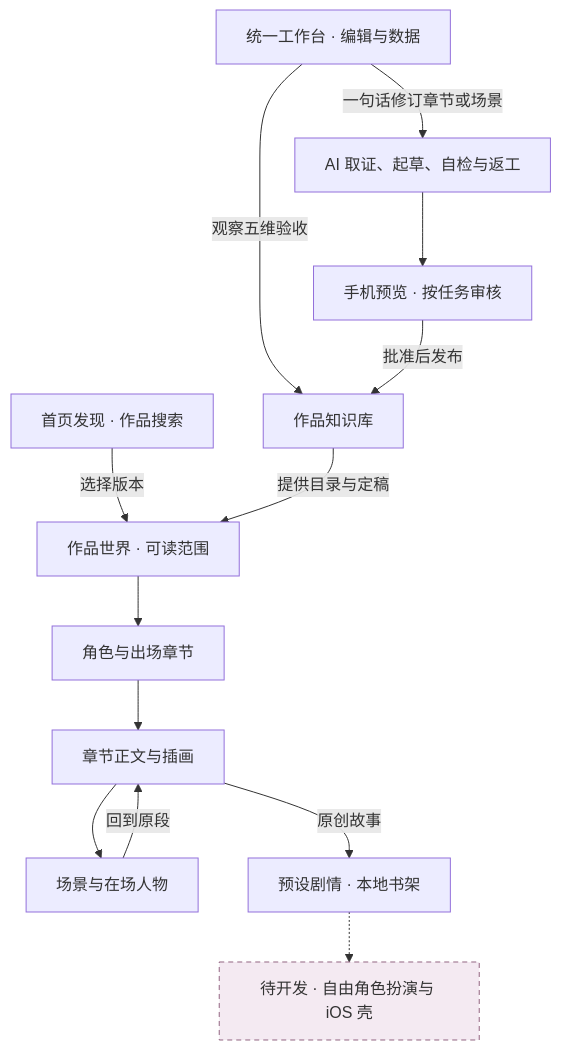
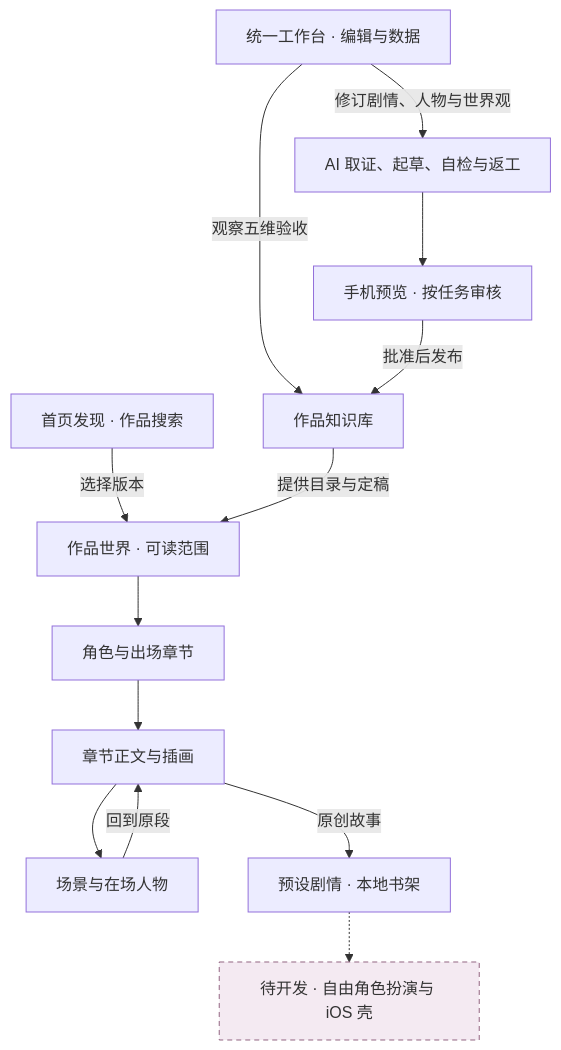
One commit to bluedao10000/player changed the diagram in docs/diagrams/product.mmd. Above: the diagram before and after it, drawn with Mermaid. The commit also changed 27 other files, not shown here.

```diff
--- a/docs/diagrams/product.mmd
+++ b/docs/diagrams/product.mmd
@@ -1,26 +1,26 @@
 flowchart TB
     discovery["首页发现 · 作品搜索"] -->|选择版本| world["作品世界 · 可读范围"]
     world --> cast["角色与出场章节"]
     cast --> chapter["章节正文与插画"]
     chapter --> scene["场景与在场人物"]
     scene -->|回到原段| chapter
     chapter -->|原创故事| play["预设剧情 · 本地书架"]
     play -.-> future["待开发 · 自由角色扮演与 iOS 壳"]
     catalog["作品知识库"] -->|提供目录与定稿| world
     desk["统一工作台 · 编辑与数据"] -->|观察五维验收| catalog
-    desk -->|一句话修订章节或场景| edit["AI 取证、起草、自检与返工"]
+    desk -->|修订剧情、人物与世界观| edit["AI 取证、起草、自检与返工"]
     edit --> review["手机预览 · 按任务审核"]
     review -->|批准后发布| catalog
     classDef pending fill:#f4eaf2,stroke:#926581,stroke-dasharray:5 4
     class future pending
 %% discovery | 从首页作品栏或别名搜索确定要读的作品版本。 | apps/web/src/features/post/editorial.tsx
 %% world | 读取作品关系图和当前连续完成的集数。 | apps/api/internal/knowledge/world_api.go
 %% cast | 角色页按作品版本列出人物实际出场的章节。 | apps/web/src/features/worlds/pages.tsx
 %% chapter | 定稿正文保存章节 slug、段落与插图的稳定锚点。 | apps/api/internal/knowledge/acceptance.go
 %% scene | 场景携带 return_to.href，可以回到故事中对应的段落。 | apps/api/internal/knowledge/world_api.go
 %% play | 原创故事有预设行动，进度与收藏保存在浏览器。 | apps/web/src/features/post/roleplay-controls.tsx
 %% future | 自由输入与服务器多轮角色扮演、原生壳仍待实现。 | docs/产品架构.md
 %% catalog | 目录、已清洗身份、作品世界和范围定稿在 PostgreSQL 中分别建模。 | apps/api/internal/knowledge/sql
 %% desk | 工作台通过 Gin 读取来源、取证、试稿与自动验收记录。 | apps/web/src/features/workbench/feed.ts
 %% edit | 数据服务运行编辑任务，Go 校验引用，Pi 独立校对。 | apps/api/internal/knowledge/editor_worker.go
 %% review | 审批校验稿件轮次和定稿基线，事务内更新公开文字。 | apps/api/internal/knowledge/editor.go
```
